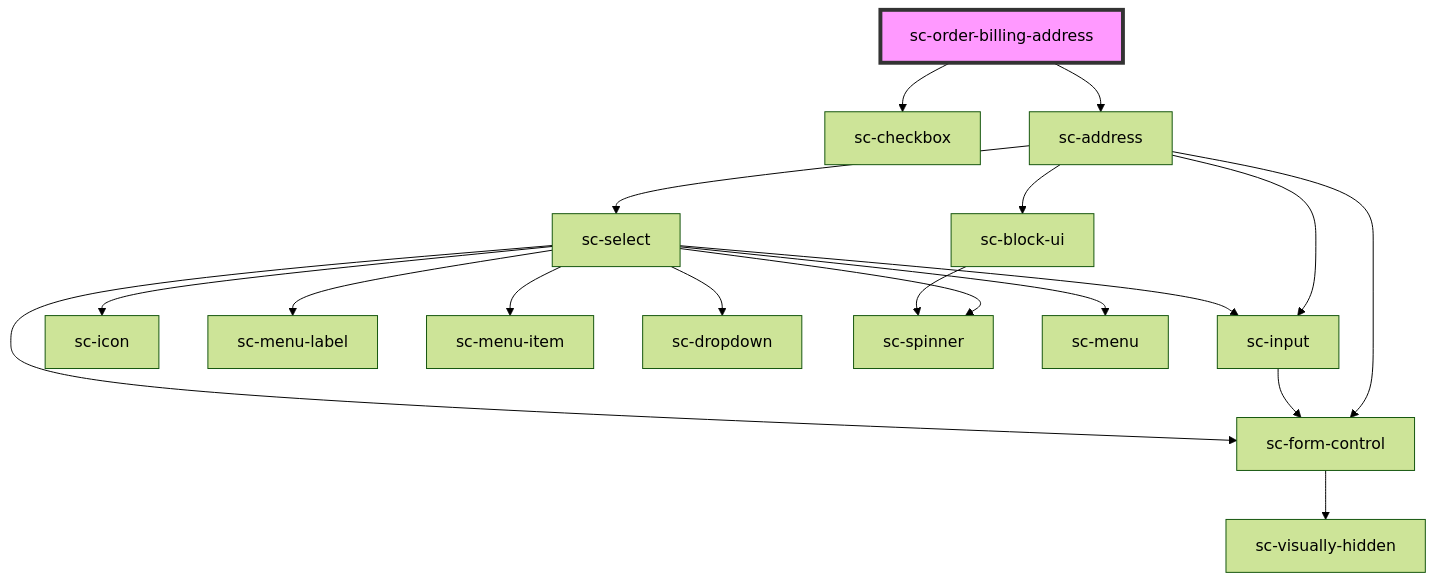
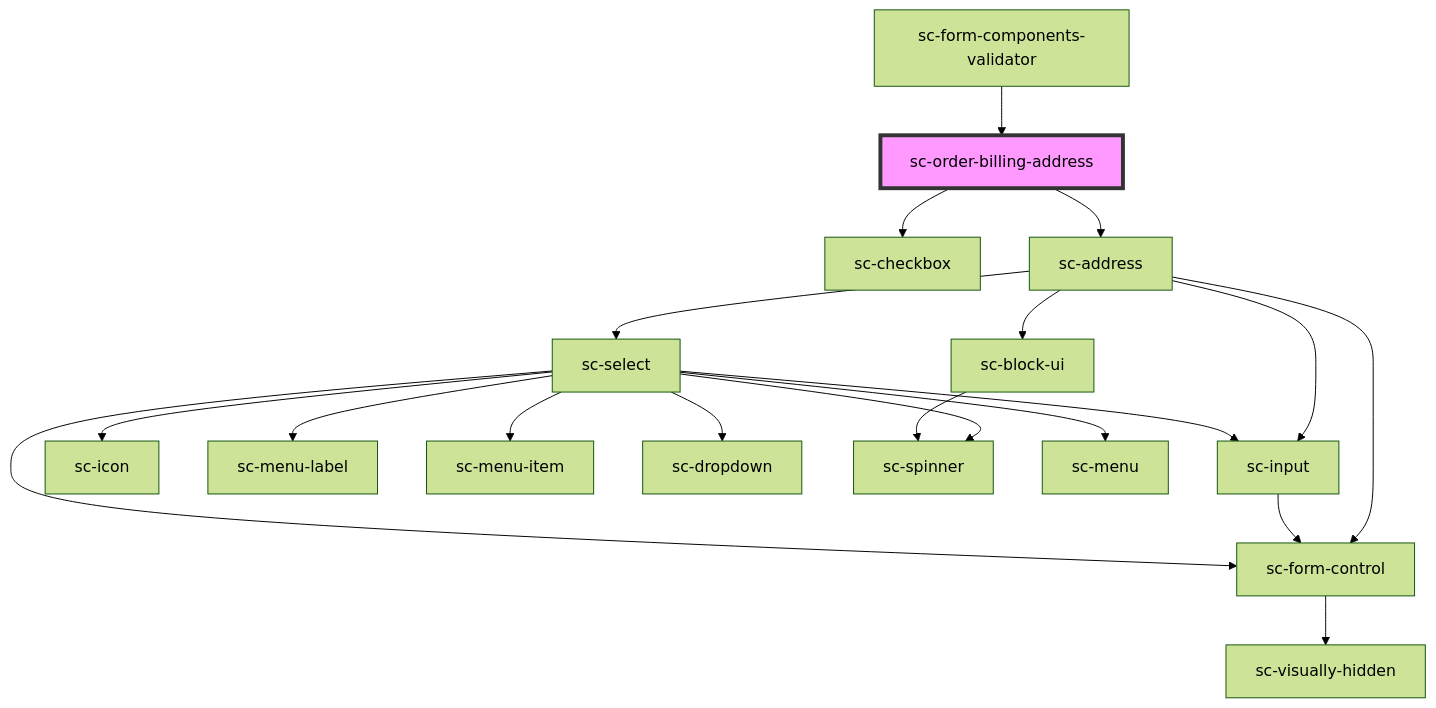
Before and after one commit to surecart/surecart-wp-plugin: the diagram in packages/components/src/components/controllers/checkout-form/sc-order-billing-address/readme.md, drawn with Mermaid (forest theme). The commit also changed other lines of this file and 4 other files, not shown here.

````diff
--- a/packages/components/src/components/controllers/checkout-form/sc-order-billing-address/readme.md
+++ b/packages/components/src/components/controllers/checkout-form/sc-order-billing-address/readme.md
@@ -46,21 +50,22 @@
 ```mermaid
 graph TD;
   sc-order-billing-address --> sc-checkbox
   sc-order-billing-address --> sc-address
   sc-address --> sc-form-control
   sc-address --> sc-input
   sc-address --> sc-select
   sc-address --> sc-block-ui
   sc-form-control --> sc-visually-hidden
   sc-input --> sc-form-control
   sc-select --> sc-icon
   sc-select --> sc-menu-label
   sc-select --> sc-menu-item
   sc-select --> sc-form-control
   sc-select --> sc-dropdown
   sc-select --> sc-input
   sc-select --> sc-spinner
   sc-select --> sc-menu
   sc-block-ui --> sc-spinner
+  sc-form-components-validator --> sc-order-billing-address
   style sc-order-billing-address fill:#f9f,stroke:#333,stroke-width:4px
 ```
````
